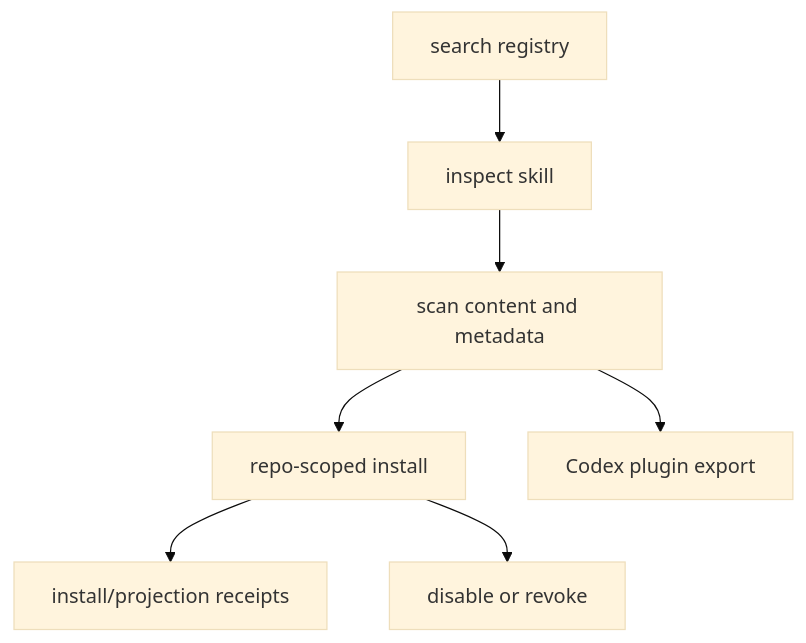
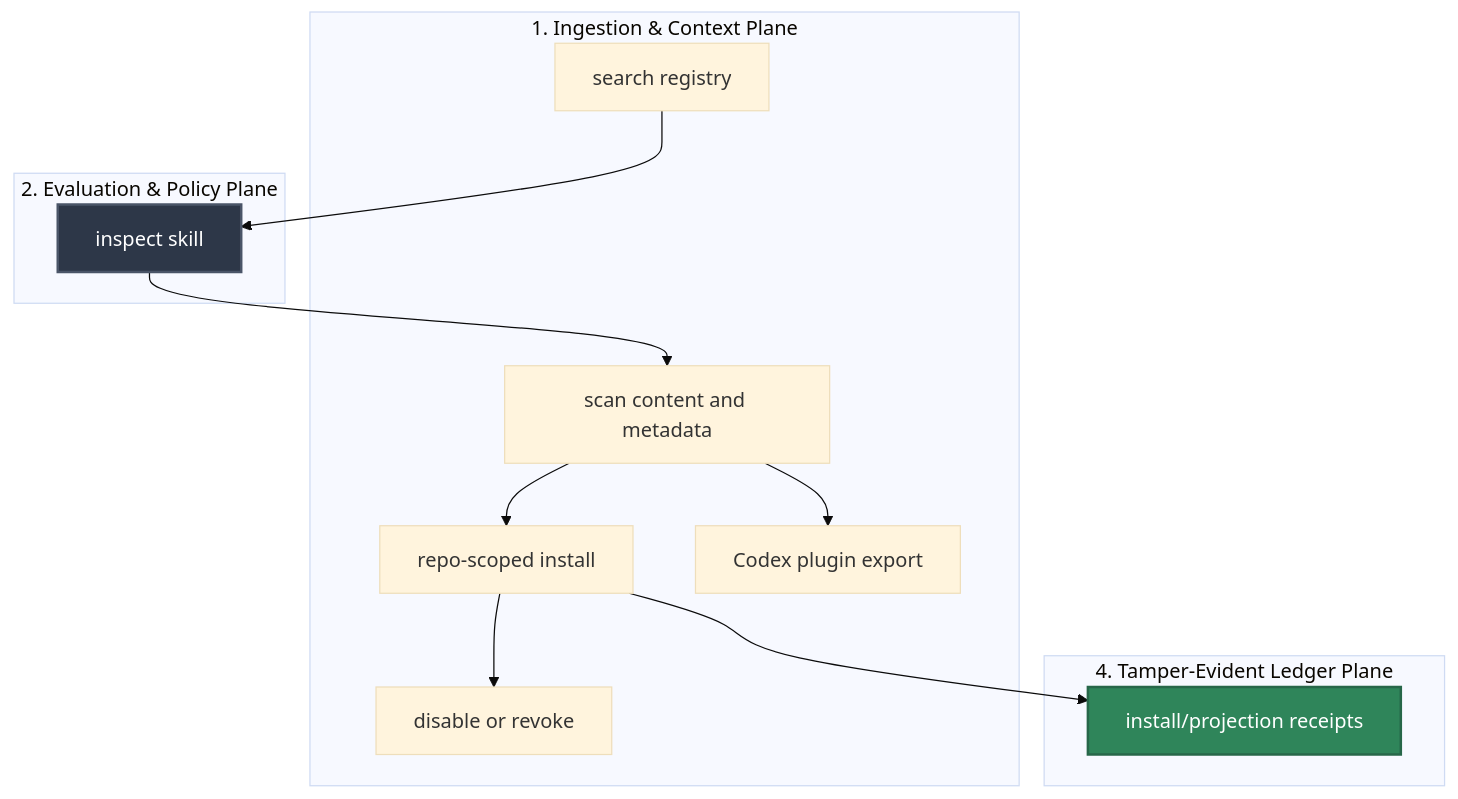
One commit to Mindburn-Labs/helm-ai-kernel changed the diagram in docs/skills/FLOW_CATALOG.md. Above: the diagram before and after it, drawn with Mermaid (base theme). The commit also changed other lines of this file and 330 other files, not shown here.

````diff
--- a/docs/skills/FLOW_CATALOG.md
+++ b/docs/skills/FLOW_CATALOG.md
@@ -28,9 +28,30 @@
 ```mermaid
 flowchart TD
-  search["search registry"] --> inspect["inspect skill"]
-  inspect --> scan["scan content and metadata"]
-  scan --> install["repo-scoped install"]
-  install --> receipts["install/projection receipts"]
-  scan --> export["Codex plugin export"]
-  install --> revoke["disable or revoke"]
+    subgraph Ingestion["1. Ingestion & Context Plane"]
+        search["search registry"]
+        scan["scan content and metadata"]
+        install["repo-scoped install"]
+        export["Codex plugin export"]
+        revoke["disable or revoke"]
+    end
+
+    subgraph Evaluation["2. Evaluation & Policy Plane"]
+        inspect["inspect skill"]
+    end
+
+    subgraph Ledger["4. Tamper-Evident Ledger Plane"]
+        receipts["install/projection receipts"]
+    end
+
+    %% Operational Flow Edges
+    search --> inspect
+    inspect --> scan
+    scan --> install
+    install --> receipts
+    scan --> export
+    install --> revoke
+
+    %% Premium Styling Rules
+    style inspect fill:#2d3748,stroke:#4a5568,stroke-width:2px,color:#fff
+    style receipts fill:#2f855a,stroke:#276749,stroke-width:2px,color:#fff
 ```
````
